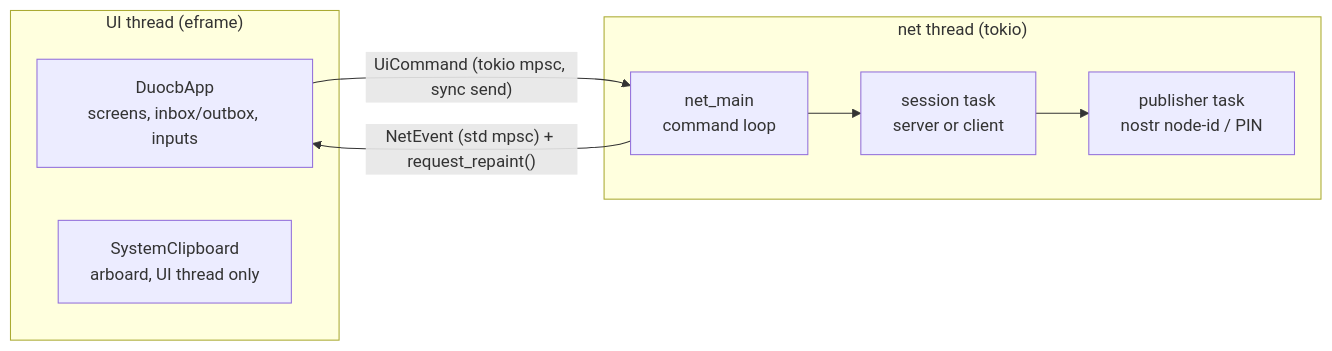
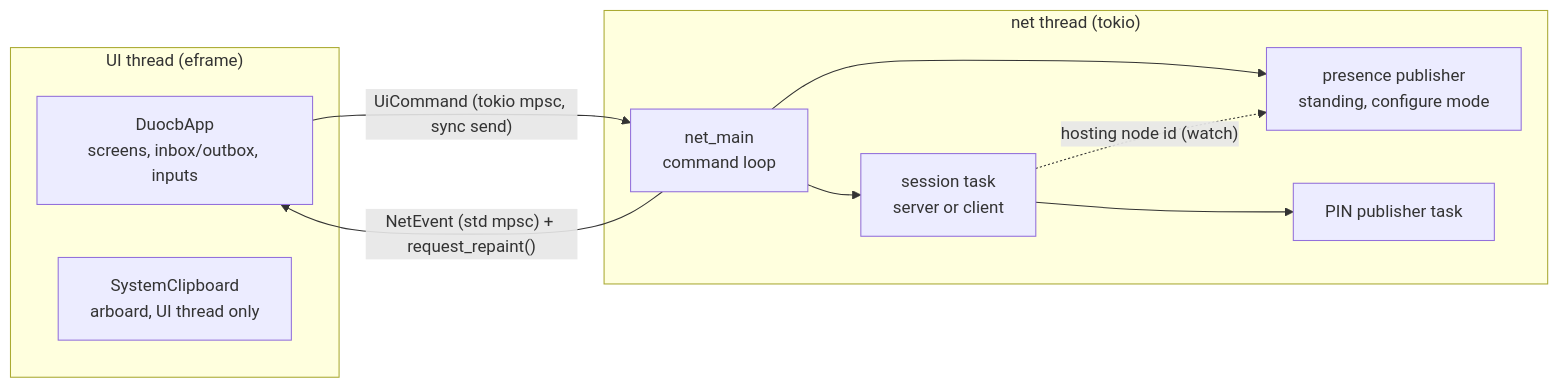
The diagram in docs/ARCHITECTURE.md (andrewtheguy/duocb), drawn with Mermaid before and after one commit. The commit also changed other lines of this file and 16 other files, not shown here.

First line of the commit message:
Redesign configure mode: standing secret, suffixed identities, peer picking

````diff
--- a/docs/ARCHITECTURE.md
+++ b/docs/ARCHITECTURE.md
@@ -49,16 +51,19 @@
 ```mermaid
 graph LR
     subgraph "UI thread (eframe)"
         A[DuocbApp<br/>screens, inbox/outbox, inputs]
         CB[SystemClipboard<br/>arboard, UI thread only]
     end
     subgraph "net thread (tokio)"
         M[net_main<br/>command loop]
         S[session task<br/>server or client]
-        P[publisher task<br/>nostr node-id / PIN]
+        PR[presence publisher<br/>standing, configure mode]
+        P[PIN publisher task]
     end
     A -- "UiCommand (tokio mpsc, sync send)" --> M
     M -- "NetEvent (std mpsc) + request_repaint()" --> A
     M --> S
+    M --> PR
     S --> P
+    S -. "hosting node id (watch)" .-> PR
 ```
````
